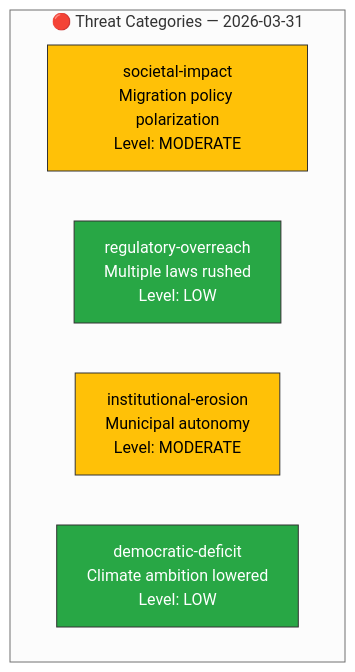
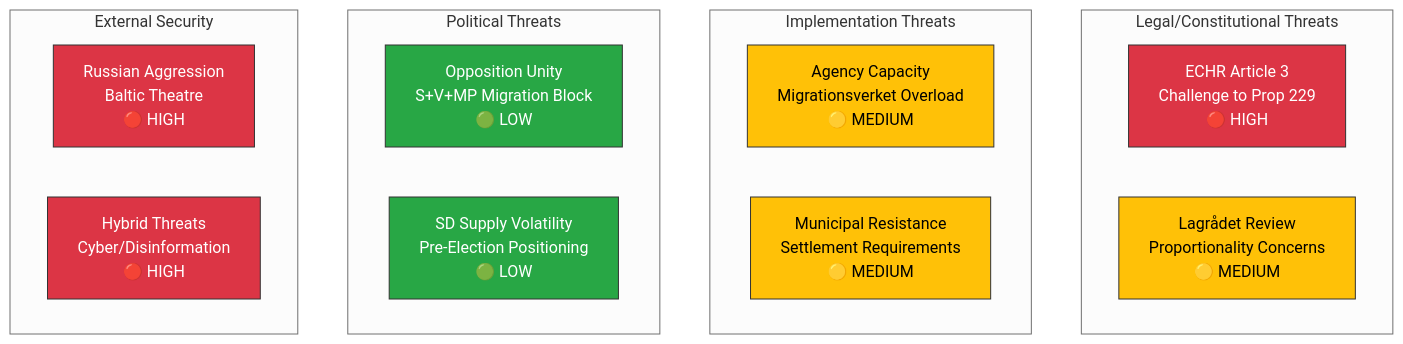
The diagram in analysis/daily/2026-03-31/threat-analysis.md (Hack23/riksdagsmonitor), drawn with Mermaid (neutral theme) before and after one commit. The commit also changed other lines of this file and 16 other files, not shown here.

````diff
--- a/analysis/daily/2026-03-31/threat-analysis.md
+++ b/analysis/daily/2026-03-31/threat-analysis.md
@@ -17,14 +18,27 @@
 ```mermaid
 graph TD
-    subgraph "🔴 Threat Categories — 2026-03-31"
-        T1["societal-impact<br/>Migration policy polarization<br/>Level: MODERATE"]
-        T2["regulatory-overreach<br/>Multiple laws rushed<br/>Level: LOW"]
-        T3["institutional-erosion<br/>Municipal autonomy<br/>Level: MODERATE"]
-        T4["democratic-deficit<br/>Climate ambition lowered<br/>Level: LOW"]
+    subgraph "Legal/Constitutional Threats"
+        LC1["ECHR Article 3<br/>Challenge to Prop 229<br/>🔴 HIGH"]
+        LC2["Lagrådet Review<br/>Proportionality Concerns<br/>🟡 MEDIUM"]
     end
-
-    style T1 fill:#ffc107,stroke:#333,color:#000
-    style T2 fill:#28a745,stroke:#333,color:#fff
-    style T3 fill:#ffc107,stroke:#333,color:#000
-    style T4 fill:#28a745,stroke:#333,color:#fff
+    subgraph "Implementation Threats"
+        IM1["Agency Capacity<br/>Migrationsverket Overload<br/>🟡 MEDIUM"]
+        IM2["Municipal Resistance<br/>Settlement Requirements<br/>🟡 MEDIUM"]
+    end
+    subgraph "Political Threats"
+        PT1["Opposition Unity<br/>S+V+MP Migration Block<br/>🟢 LOW"]
+        PT2["SD Supply Volatility<br/>Pre-Election Positioning<br/>🟢 LOW"]
+    end
+    subgraph "External Security"
+        ES1["Russian Aggression<br/>Baltic Theatre<br/>🔴 HIGH"]
+        ES2["Hybrid Threats<br/>Cyber/Disinformation<br/>🔴 HIGH"]
+    end
+    style LC1 fill:#dc3545,stroke:#333,color:#fff
+    style LC2 fill:#ffc107,stroke:#333,color:#000
+    style IM1 fill:#ffc107,stroke:#333,color:#000
+    style IM2 fill:#ffc107,stroke:#333,color:#000
+    style PT1 fill:#28a745,stroke:#333,color:#fff
+    style PT2 fill:#28a745,stroke:#333,color:#fff
+    style ES1 fill:#dc3545,stroke:#333,color:#fff
+    style ES2 fill:#dc3545,stroke:#333,color:#fff
 ```
````
